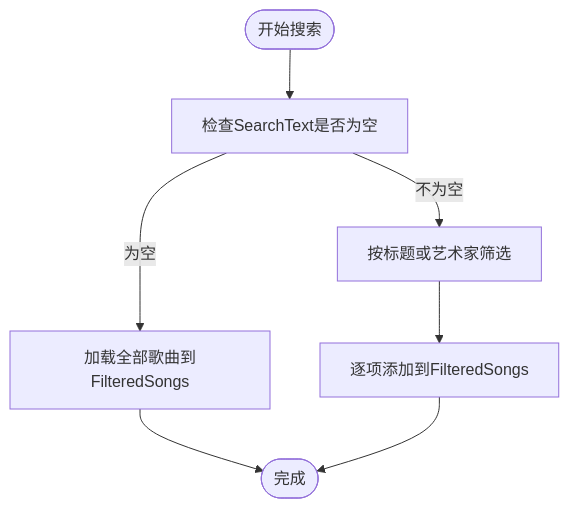
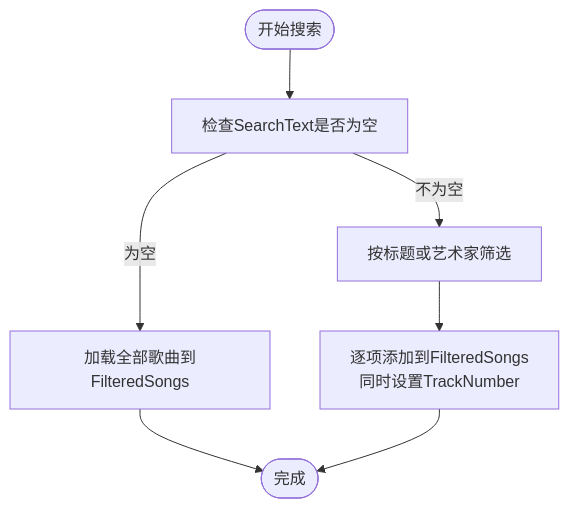
Before and after one commit to mariamjensen42-glitch/LocalMusicPlayer: the fifth of 8 diagrams in .qoder/repowiki/zh/content/视图模型层/视图模型层.md, drawn with Mermaid. The commit also changed other lines of this file and 14 other files, not shown here.

````diff
--- a/.qoder/repowiki/zh/content/视图模型层/视图模型层.md
+++ b/.qoder/repowiki/zh/content/视图模型层/视图模型层.md
@@ -219,9 +268,9 @@
 ```mermaid
 flowchart TD
 Start(["开始搜索"]) --> CheckText["检查SearchText是否为空"]
 CheckText --> |为空| LoadAll["加载全部歌曲到FilteredSongs"]
 CheckText --> |不为空| Filter["按标题或艺术家筛选"]
-Filter --> AddItems["逐项添加到FilteredSongs"]
+Filter --> AddItems["逐项添加到FilteredSongs<br/>同时设置TrackNumber"]
 LoadAll --> End(["完成"])
 AddItems --> End
 ```
````
